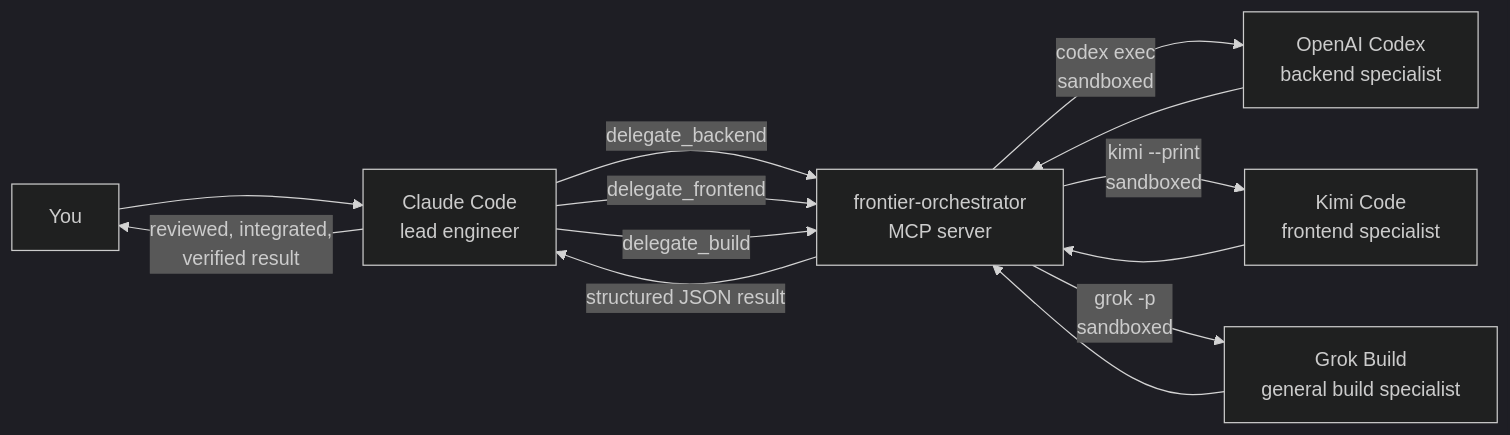
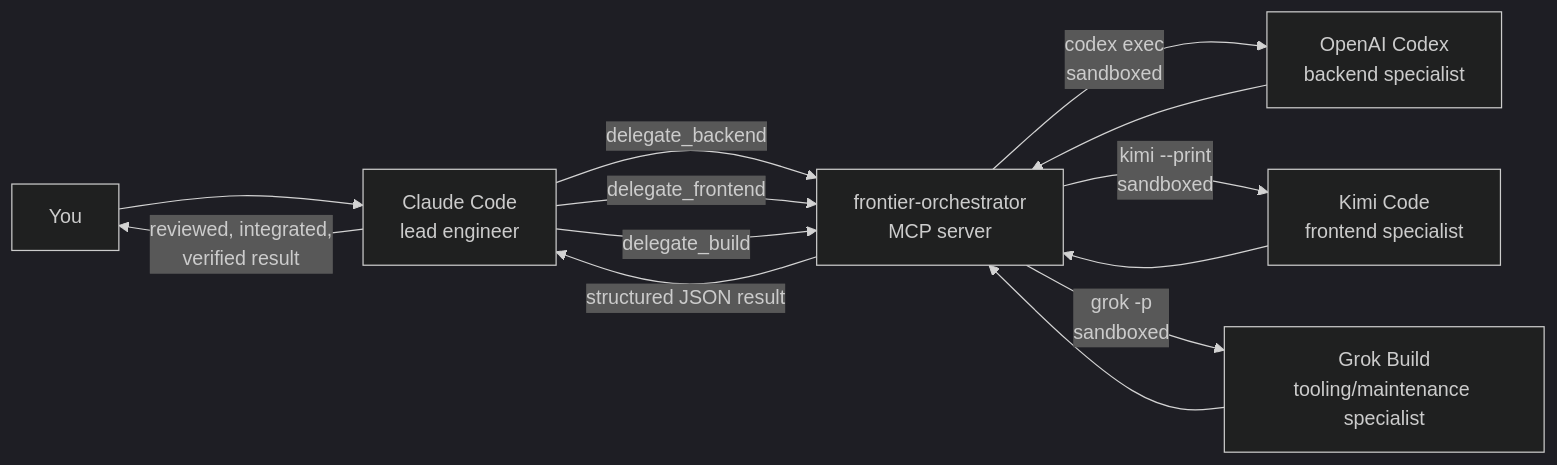
Before and after one commit to luckeyfaraday/frontier-orchestrator: the diagram in README.md, drawn with Mermaid (dark theme). The commit also changed other lines of this file and 6 other files, not shown here.

````diff
--- a/README.md
+++ b/README.md
@@ -26,15 +26,15 @@
 ```mermaid
 flowchart LR
     U[You] --> C[Claude Code<br/>lead engineer]
     C -->|delegate_backend| M[frontier-orchestrator<br/>MCP server]
     C -->|delegate_frontend| M
     C -->|delegate_build| M
     M -->|codex exec<br/>sandboxed| X[OpenAI Codex<br/>backend specialist]
     M -->|kimi --print<br/>sandboxed| K[Kimi Code<br/>frontend specialist]
-    M -->|grok -p<br/>sandboxed| G[Grok Build<br/>general build specialist]
+    M -->|grok -p<br/>sandboxed| G[Grok Build<br/>tooling/maintenance specialist]
     X --> M
     K --> M
     G --> M
     M -->|structured JSON result| C
     C -->|reviewed, integrated,<br/>verified result| U
 ```
````
